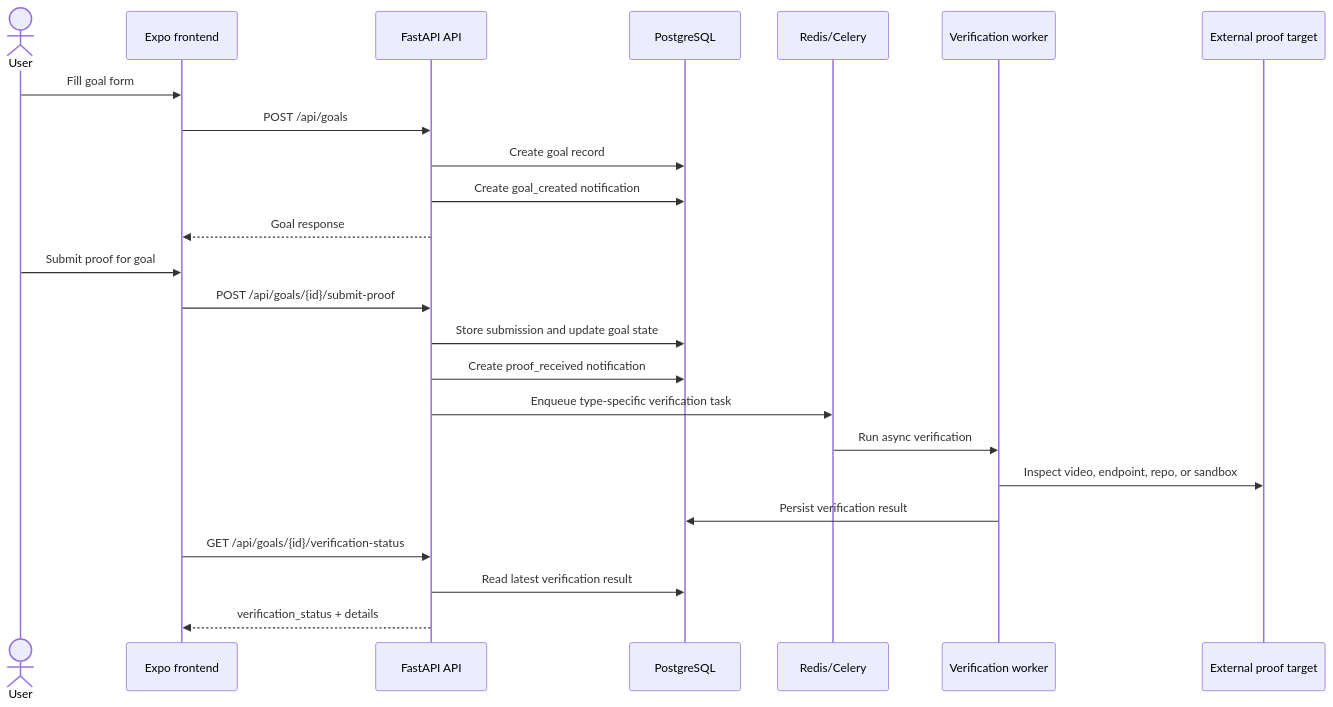
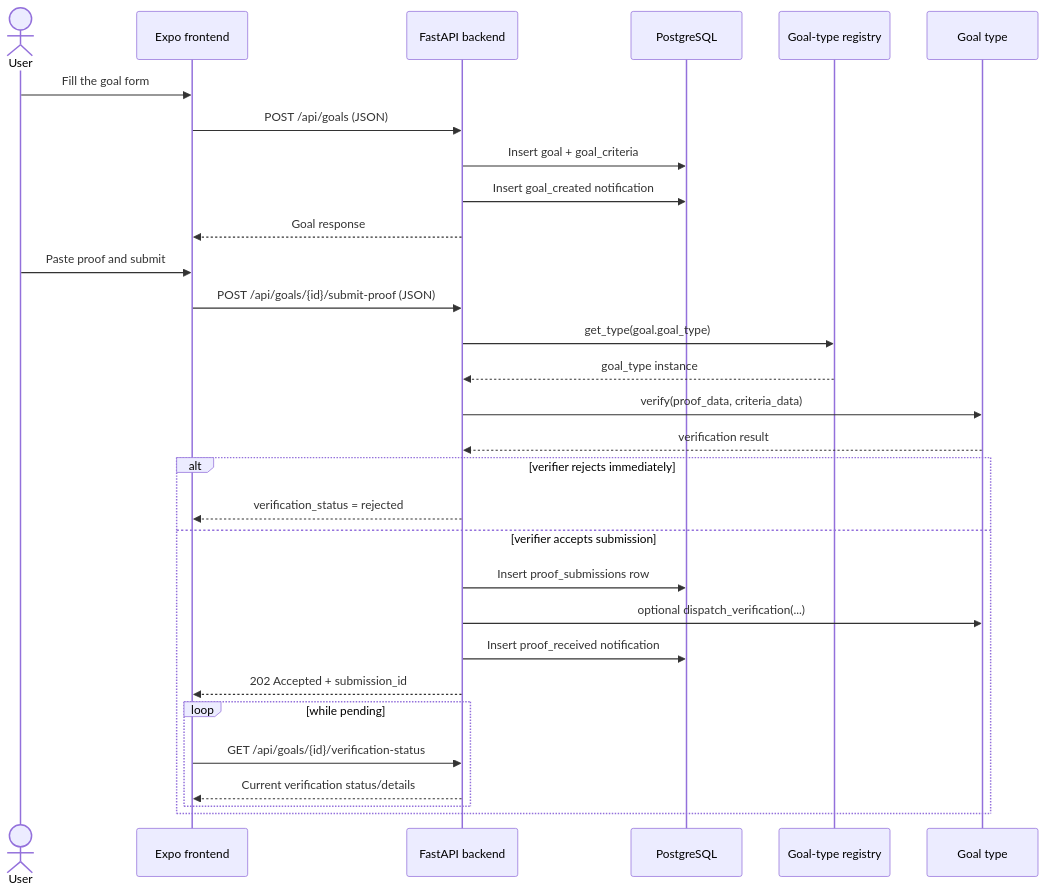
Before and after one commit to xvanov/sacrifice: the second of 2 diagrams in context/architecture-diagrams.md, drawn with Mermaid. The commit also changed other lines of this file and 18 other files, not shown here.

````diff
--- a/context/architecture-diagrams.md
+++ b/context/architecture-diagrams.md
@@ -33,29 +29,35 @@
 ```mermaid
 sequenceDiagram
-    actor User
-    participant Frontend as Expo frontend
-    participant API as FastAPI API
-    participant DB as PostgreSQL
-    participant Queue as Redis/Celery
-    participant Worker as Verification worker
-    participant External as External proof target
+  actor User
+  participant FE as Expo frontend
+  participant API as FastAPI backend
+  participant DB as PostgreSQL
+  participant REG as Goal-type registry
+  participant GT as Goal type
 
-    User->>Frontend: Fill goal form
-    Frontend->>API: POST /api/goals
-    API->>DB: Create goal record
-    API->>DB: Create goal_created notification
-    API-->>Frontend: Goal response
+  User->>FE: Fill the goal form
+  FE->>API: POST /api/goals (JSON)
+  API->>DB: Insert goal + goal_criteria
+  API->>DB: Insert goal_created notification
+  API-->>FE: Goal response
 
-    User->>Frontend: Submit proof for goal
-    Frontend->>API: POST /api/goals/{id}/submit-proof
-    API->>DB: Store submission and update goal state
-    API->>DB: Create proof_received notification
-    API->>Queue: Enqueue type-specific verification task
-    Queue->>Worker: Run async verification
-    Worker->>External: Inspect video, endpoint, repo, or sandbox
-    Worker->>DB: Persist verification result
+  User->>FE: Paste proof and submit
+  FE->>API: POST /api/goals/{id}/submit-proof (JSON)
+  API->>REG: get_type(goal.goal_type)
+  REG-->>API: goal_type instance
+  API->>GT: verify(proof_data, criteria_data)
+  GT-->>API: verification result
 
-    Frontend->>API: GET /api/goals/{id}/verification-status
-    API->>DB: Read latest verification result
-    API-->>Frontend: verification_status + details
+  alt verifier rejects immediately
+    API-->>FE: verification_status = rejected
+  else verifier accepts submission
+    API->>DB: Insert proof_submissions row
+    API->>GT: optional dispatch_verification(...)
+    API->>DB: Insert proof_received notification
+    API-->>FE: 202 Accepted + submission_id
+    loop while pending
+      FE->>API: GET /api/goals/{id}/verification-status
+      API-->>FE: Current verification status/details
+    end
+  end
 ```
````
